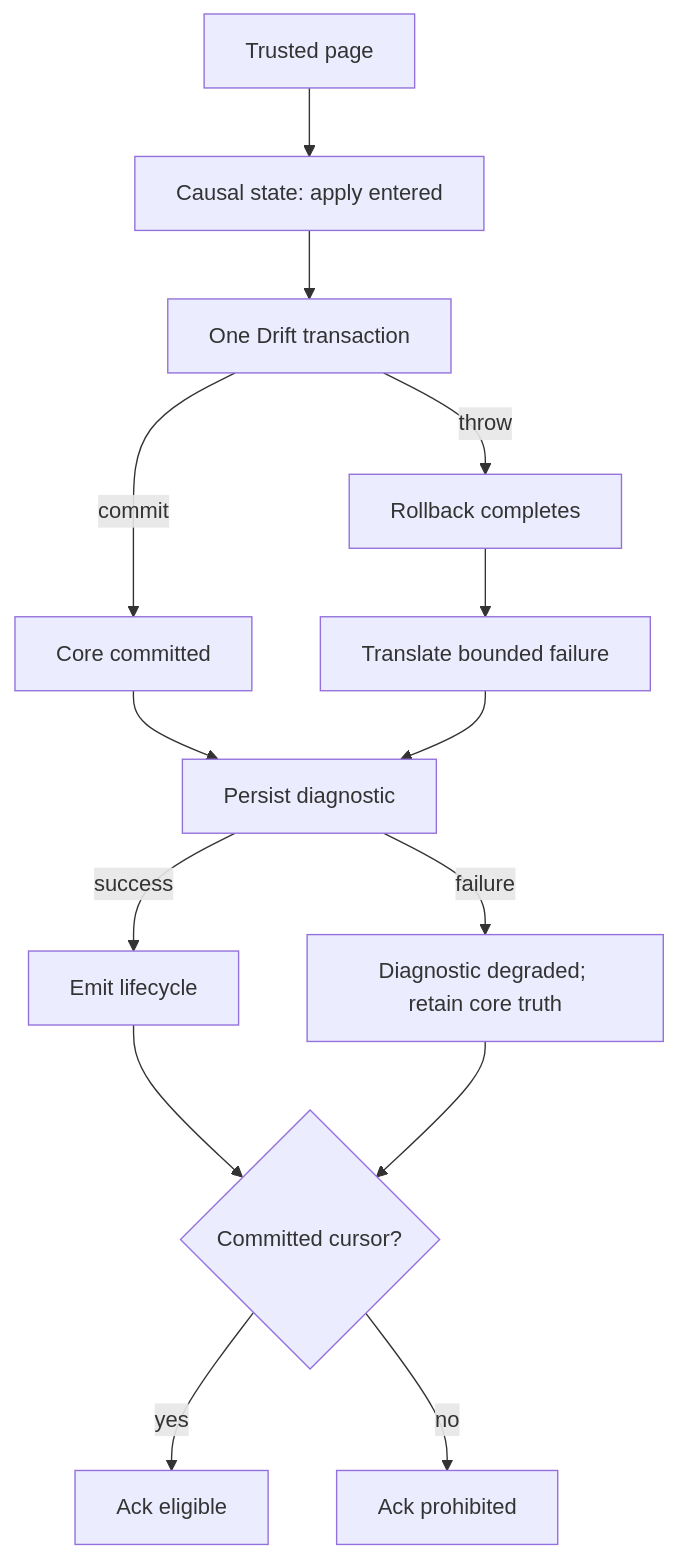
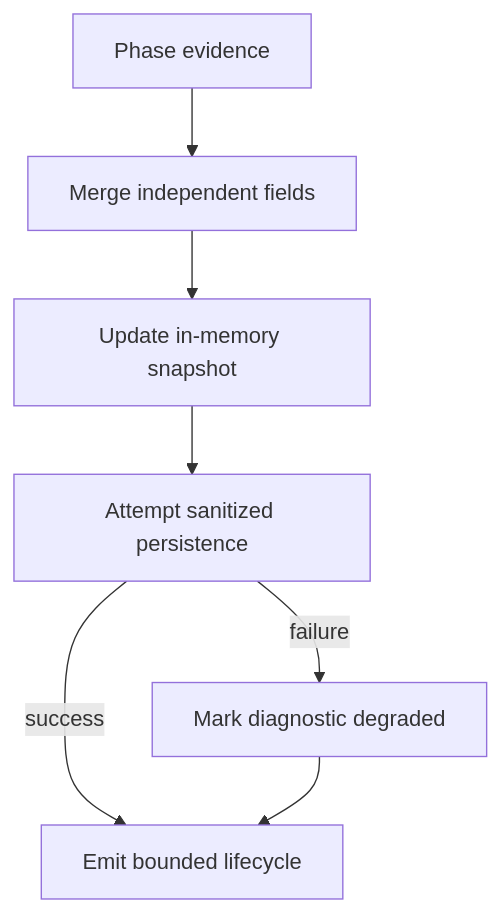
Before and after one commit to gus-i-gu/markei: the diagram in documentation/sketch_notebook/DEV_STAGE/F_DSN_STAGE.md, drawn with Mermaid. The commit also changed other lines of this file and 2 other files, not shown here.

````diff
--- a/documentation/sketch_notebook/DEV_STAGE/F_DSN_STAGE.md
+++ b/documentation/sketch_notebook/DEV_STAGE/F_DSN_STAGE.md
@@ -46,16 +52,9 @@
-~~~mermaid
+```mermaid
 flowchart TD
-    A["Trusted page"] --> B["Causal state: apply entered"]
-    B --> C["One Drift transaction"]
-    C -->|commit| D["Core committed"]
-    C -->|throw| E["Rollback completes"]
-    E --> F["Translate bounded failure"]
-    D --> G["Persist diagnostic"]
-    F --> G
-    G -->|success| H["Emit lifecycle"]
-    G -->|failure| I["Diagnostic degraded; retain core truth"]
-    H --> J{"Committed cursor?"}
-    I --> J
-    J -->|yes| K["Ack eligible"]
-    J -->|no| L["Ack prohibited"]
-~~~
+    A["Phase evidence"] --> B["Merge independent fields"]
+    B --> C["Update in-memory snapshot"]
+    C --> D["Attempt sanitized persistence"]
+    D -->|success| E["Emit bounded lifecycle"]
+    D -->|failure| F["Mark diagnostic degraded"]
+    F --> E
+```
````
